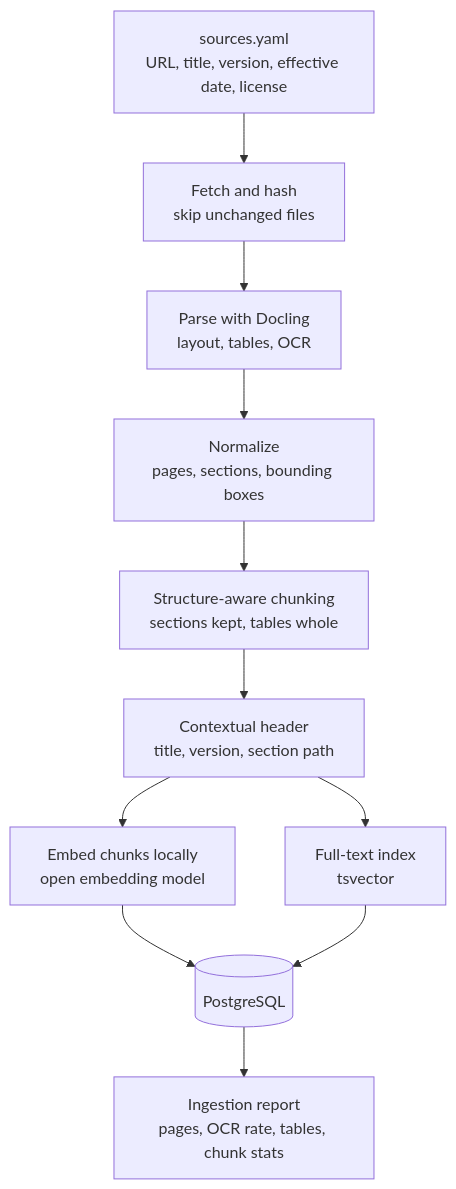
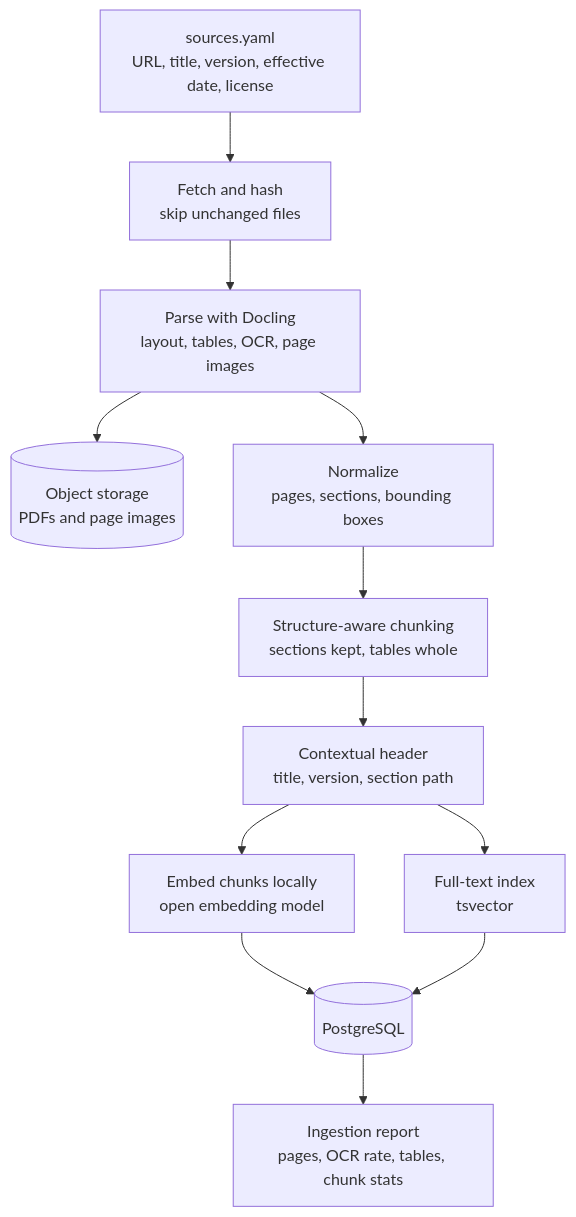
Before and after one commit to dileepadev/verity-rag: the diagram in docs/design/diagrams/ingestion.mmd, drawn with Mermaid. The commit also changed 13 other files, not shown here.

First line of the commit message:
docs(repo): Correct the architecture diagrams against the design (refs #48)

```diff
--- a/docs/design/diagrams/ingestion.mmd
+++ b/docs/design/diagrams/ingestion.mmd
@@ -1,11 +1,12 @@
 flowchart TD
     A["sources.yaml<br/>URL, title, version, effective date, license"] --> B["Fetch and hash<br/>skip unchanged files"]
-    B --> C["Parse with Docling<br/>layout, tables, OCR"]
+    B --> C["Parse with Docling<br/>layout, tables, OCR, page images"]
+    C --> S[("Object storage<br/>PDFs and page images")]
     C --> D["Normalize<br/>pages, sections, bounding boxes"]
     D --> E["Structure-aware chunking<br/>sections kept, tables whole"]
     E --> F["Contextual header<br/>title, version, section path"]
     F --> G["Embed chunks locally<br/>open embedding model"]
     F --> H["Full-text index<br/>tsvector"]
     G --> I[("PostgreSQL")]
     H --> I
     I --> J["Ingestion report<br/>pages, OCR rate, tables, chunk stats"]
```
